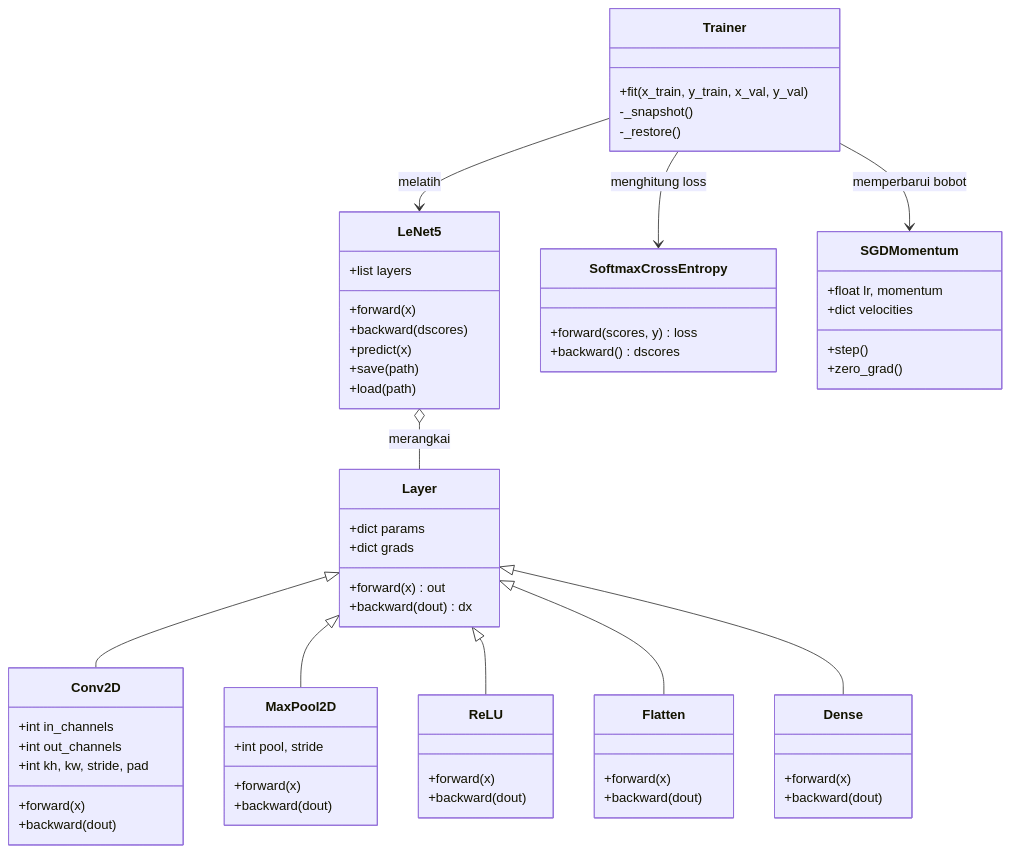
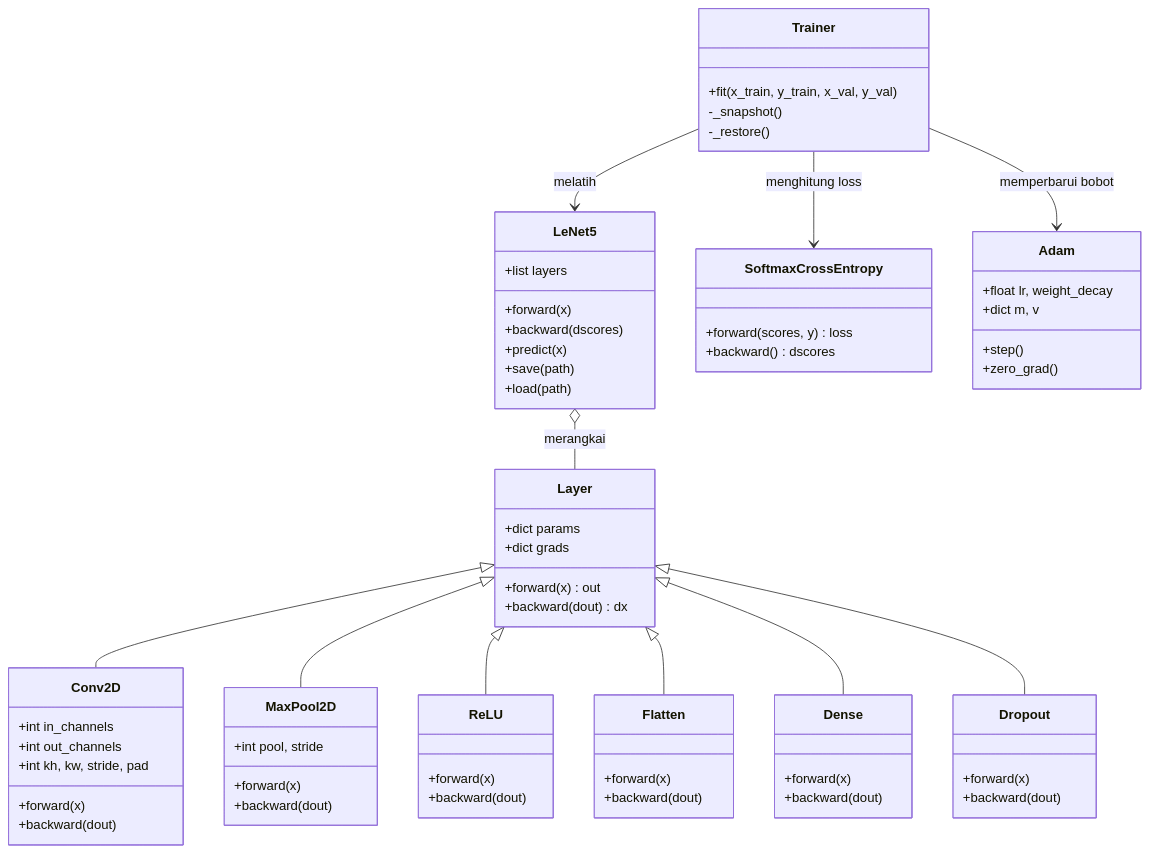
Before and after one commit to arisros/pothole-detection: the first of 2 diagrams in docs/05-struktur-kode.md, drawn with Mermaid. The commit also changed other lines of this file and 9 other files, not shown here.

````diff
--- a/docs/05-struktur-kode.md
+++ b/docs/05-struktur-kode.md
@@ -9,67 +9,72 @@
 ```mermaid
 classDiagram
     class Layer {
         +dict params
         +dict grads
         +forward(x) out
         +backward(dout) dx
     }
     class Conv2D {
         +int in_channels
         +int out_channels
         +int kh, kw, stride, pad
         +forward(x)
         +backward(dout)
     }
     class MaxPool2D {
         +int pool, stride
         +forward(x)
         +backward(dout)
     }
     class ReLU {
         +forward(x)
         +backward(dout)
     }
     class Flatten {
         +forward(x)
         +backward(dout)
     }
     class Dense {
         +forward(x)
         +backward(dout)
     }
+    class Dropout {
+        +forward(x)
+        +backward(dout)
+    }
     Layer <|-- Conv2D
     Layer <|-- MaxPool2D
     Layer <|-- ReLU
     Layer <|-- Flatten
     Layer <|-- Dense
+    Layer <|-- Dropout
 
     class LeNet5 {
         +list layers
         +forward(x)
         +backward(dscores)
         +predict(x)
         +save(path)
         +load(path)
     }
     class SoftmaxCrossEntropy {
         +forward(scores, y) loss
         +backward() dscores
     }
-    class SGDMomentum {
-        +float lr, momentum
-        +dict velocities
+    class Adam {
+        +float lr, weight_decay
+        +dict m, v
         +step()
         +zero_grad()
     }
     class Trainer {
         +fit(x_train, y_train, x_val, y_val)
         -_snapshot()
         -_restore()
     }
 
     LeNet5 o-- Layer : merangkai
     Trainer --> LeNet5 : melatih
     Trainer --> SoftmaxCrossEntropy : menghitung loss
-    Trainer --> SGDMomentum : memperbarui bobot
+    Trainer --> Adam : memperbarui bobot
 ```
````
